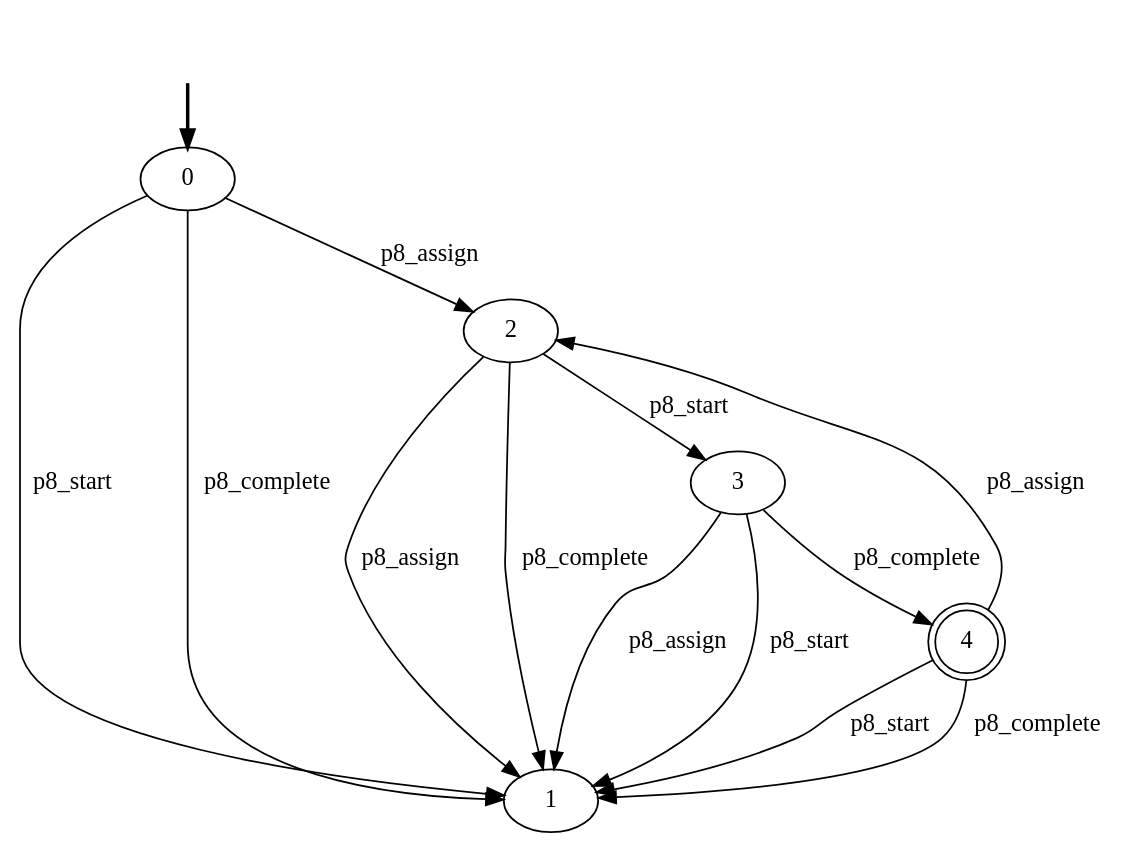
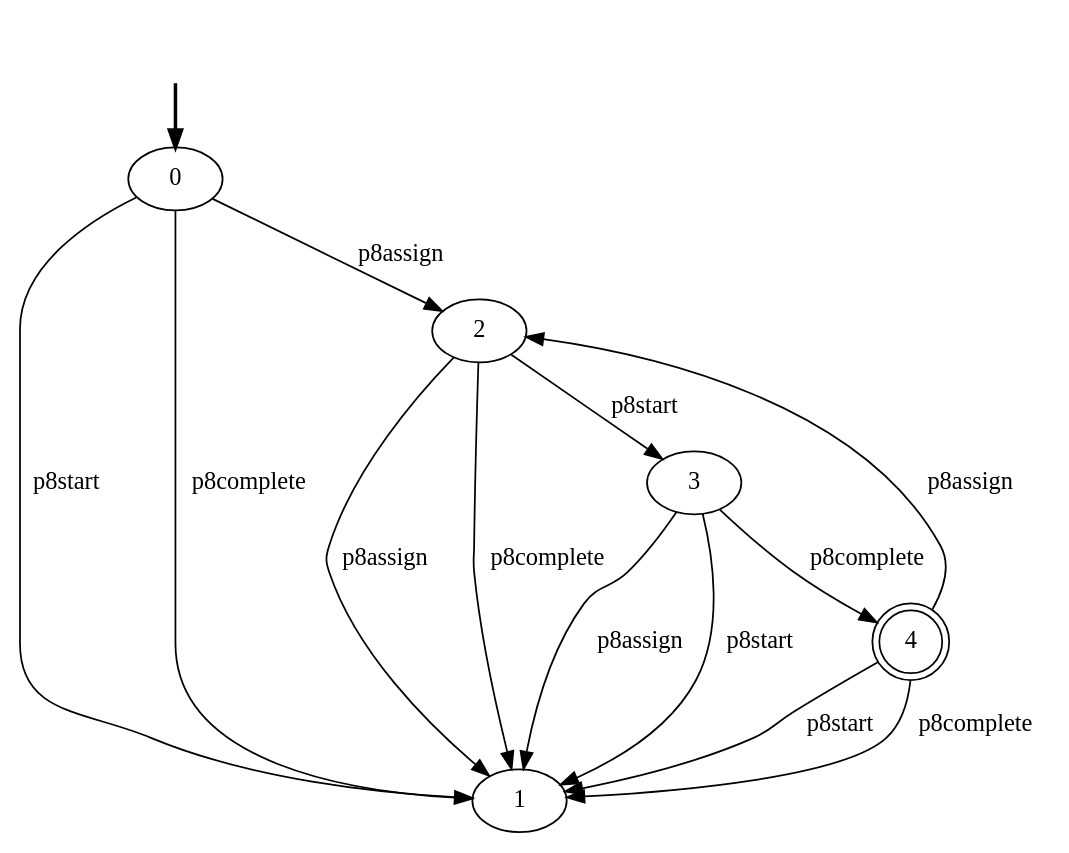
One commit to GianmarcoBordin/pddlTranslator changed the diagram in Plan-based_Data_Aware_Declarative_Conf_Checker/resources/declarative-models/Data-Aware/5-CONSTRAINTS/p8_lifecycle.dot. Above: the diagram before and after it, drawn with Graphviz. The commit also changed 246 other files, not shown here.

```diff
--- a/Plan-based_Data_Aware_Declarative_Conf_Checker/resources/declarative-models/Data-Aware/5-CONSTRAINTS/p8_lifecycle.dot
+++ b/Plan-based_Data_Aware_Declarative_Conf_Checker/resources/declarative-models/Data-Aware/5-CONSTRAINTS/p8_lifecycle.dot
@@ -1,21 +1,21 @@
 digraph {
-		fake0 [style=invisible]
-		0 [root=true]
-		1
-		2
-		3
-		4 [shape=doublecircle]
-		fake0 -> 0 [style=bold]
-		2 -> 1 [label=p8_assign]
-		2 -> 3 [label=p8_start]
-		2 -> 1 [label=p8_complete]
-		3 -> 1 [label=p8_assign]
-		3 -> 1 [label=p8_start]
-		3 -> 4 [label=p8_complete]
-		4 -> 2 [label=p8_assign]
-		4 -> 1 [label=p8_start]
-		4 -> 1 [label=p8_complete]
-		0 -> 2 [label=p8_assign]
-		0 -> 1 [label=p8_start]
-		0 -> 1 [label=p8_complete]
+	fake0 [style=invisible]
+	0 [root=true]
+	1
+	2
+	3
+	4 [shape=doublecircle]
+	fake0 -> 0 [style=bold]
+	2 -> 1 [label=p8assign]
+	2 -> 3 [label=p8start]
+	2 -> 1 [label=p8complete]
+	3 -> 1 [label=p8assign]
+	3 -> 1 [label=p8start]
+	3 -> 4 [label=p8complete]
+	4 -> 2 [label=p8assign]
+	4 -> 1 [label=p8start]
+	4 -> 1 [label=p8complete]
+	0 -> 2 [label=p8assign]
+	0 -> 1 [label=p8start]
+	0 -> 1 [label=p8complete]
 }
```
